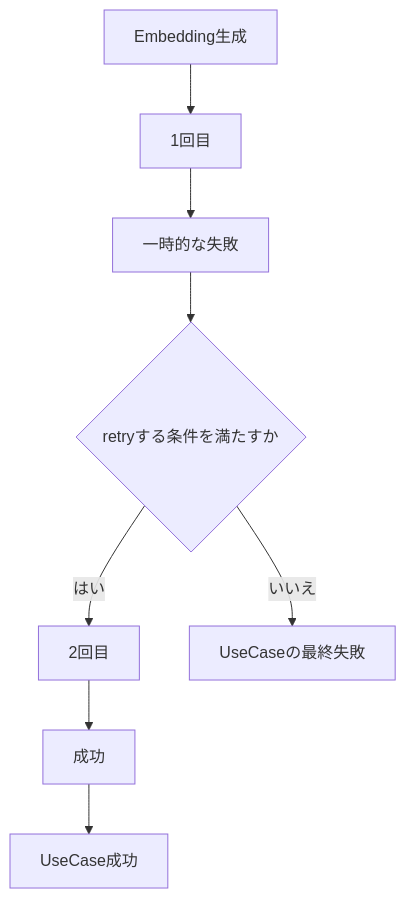
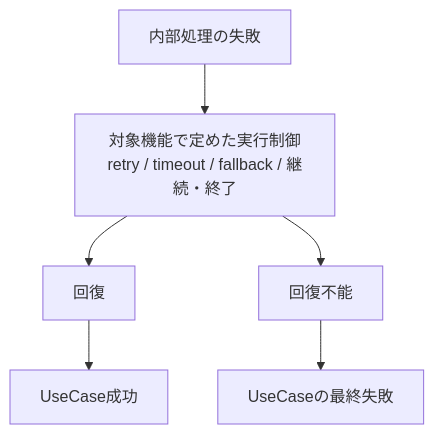
The second of 7 diagrams in Notes/RAGScope/RAGScopeアプリケーション/RS-0024 失敗型と利用境界への変換設計メモ.md (takashit16833/Workbench), drawn with Mermaid before and after one commit. The commit also changed other lines of this file, not shown here.

````diff
--- a/Notes/RAGScope/RAGScopeアプリケーション/RS-0024 失敗型と利用境界への変換設計メモ.md
+++ b/Notes/RAGScope/RAGScopeアプリケーション/RS-0024 失敗型と利用境界への変換設計メモ.md
@@ -164,18 +152,13 @@
 ```mermaid
 flowchart TD
-    START["Embedding生成"]
-    TRY1["1回目"]
-    F1["一時的な失敗"]
-    RETRY{"retryする条件を満たすか"}
-    TRY2["2回目"]
-    SUCCESS["成功"]
-    FINALFAIL["UseCaseの最終失敗"]
-    RESULT["UseCase成功"]
+    INTERNAL["内部処理の失敗"]
+    CONTROL["対象機能で定めた実行制御<br>retry / timeout / fallback / 継続・終了"]
+    RECOVERED["回復"]
+    UNRECOVERED["回復不能"]
+    SUCCESS["UseCase成功"]
+    FAILURE["UseCaseの最終失敗"]
 
-    START --> TRY1
-    TRY1 --> F1
-    F1 --> RETRY
-    RETRY -->|はい| TRY2
-    TRY2 --> SUCCESS --> RESULT
-    RETRY -->|いいえ| FINALFAIL
+    INTERNAL --> CONTROL
+    CONTROL --> RECOVERED --> SUCCESS
+    CONTROL --> UNRECOVERED --> FAILURE
 ```
````
